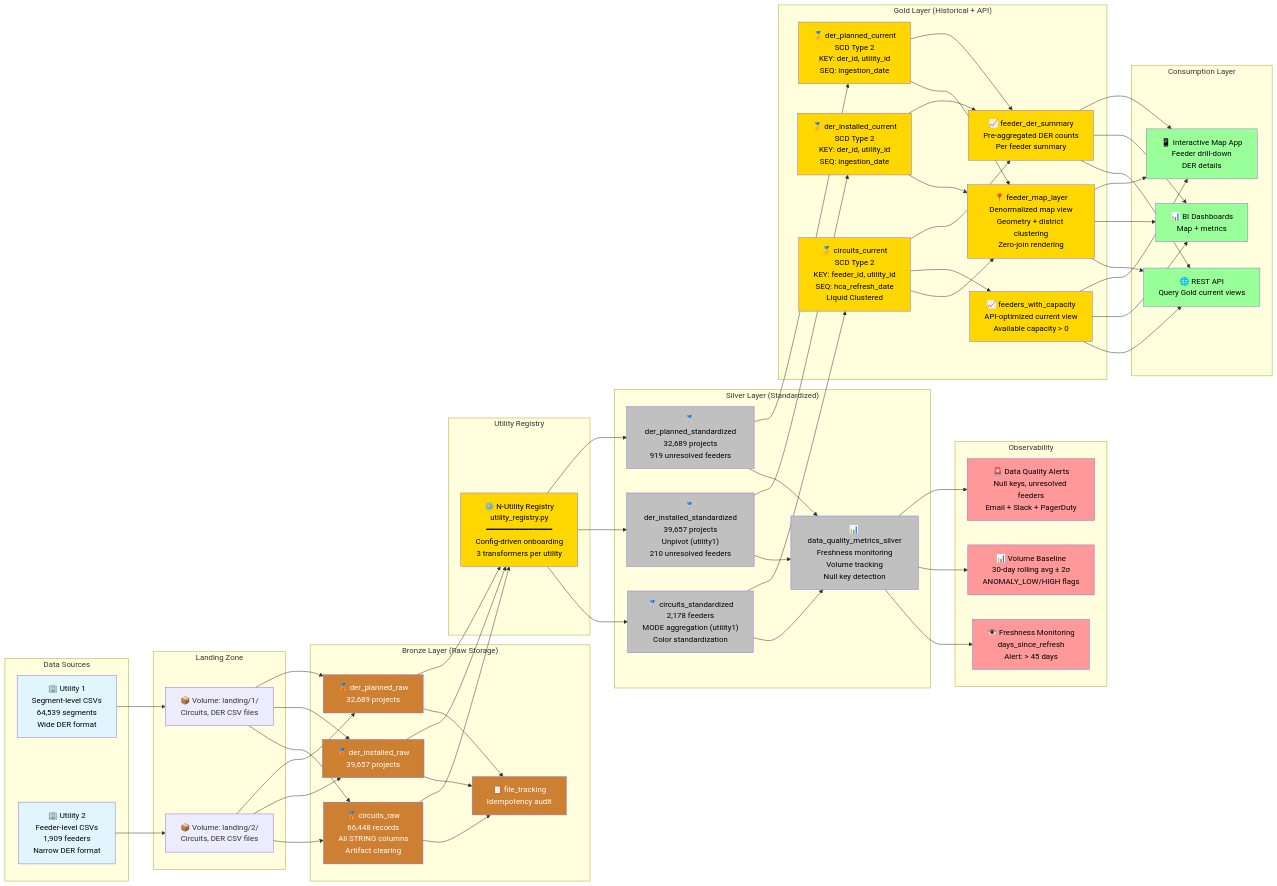
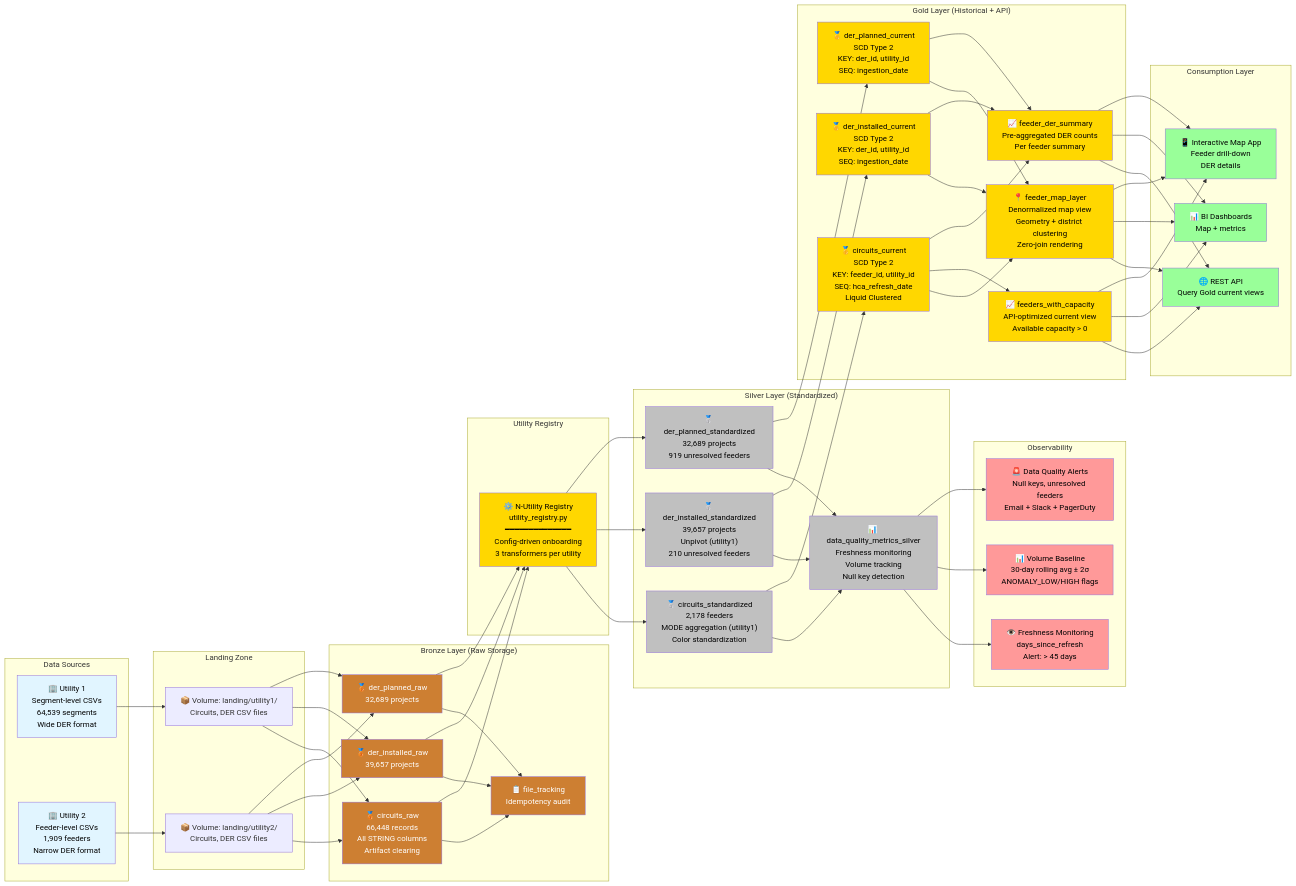
The first of 6 diagrams in docs/SOLUTION_ARCHITECTURE_DIAGRAM.md (jeanpaulrd1/ny-iedr-data-platform), drawn with Mermaid before and after one commit. The commit also changed other lines of this file, not shown here.

First line of the commit message:
docs: Fix landing volume paths in solution architecture diagrams

```diff
--- a/docs/SOLUTION_ARCHITECTURE_DIAGRAM.md
+++ b/docs/SOLUTION_ARCHITECTURE_DIAGRAM.md
@@ -10,8 +10,8 @@
     end
 
     subgraph "Landing Zone"
-        V1["📦 Volume: landing/1/<br/>Circuits, DER CSV files"]
-        V2["📦 Volume: landing/2/<br/>Circuits, DER CSV files"]
+        V1["📦 Volume: landing/utility1/<br/>Circuits, DER CSV files"]
+        V2["📦 Volume: landing/utility2/<br/>Circuits, DER CSV files"]
     end
 
     subgraph "Bronze Layer (Raw Storage)"
```
